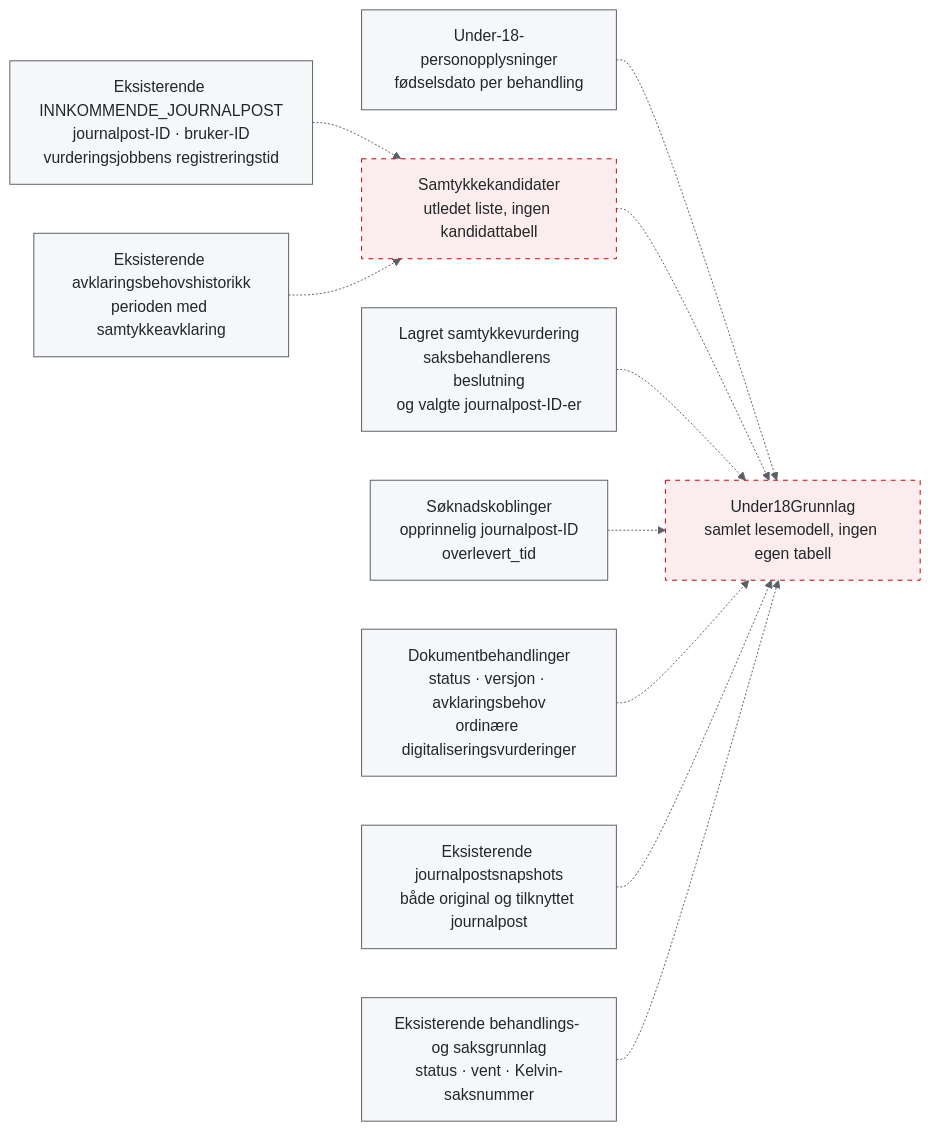
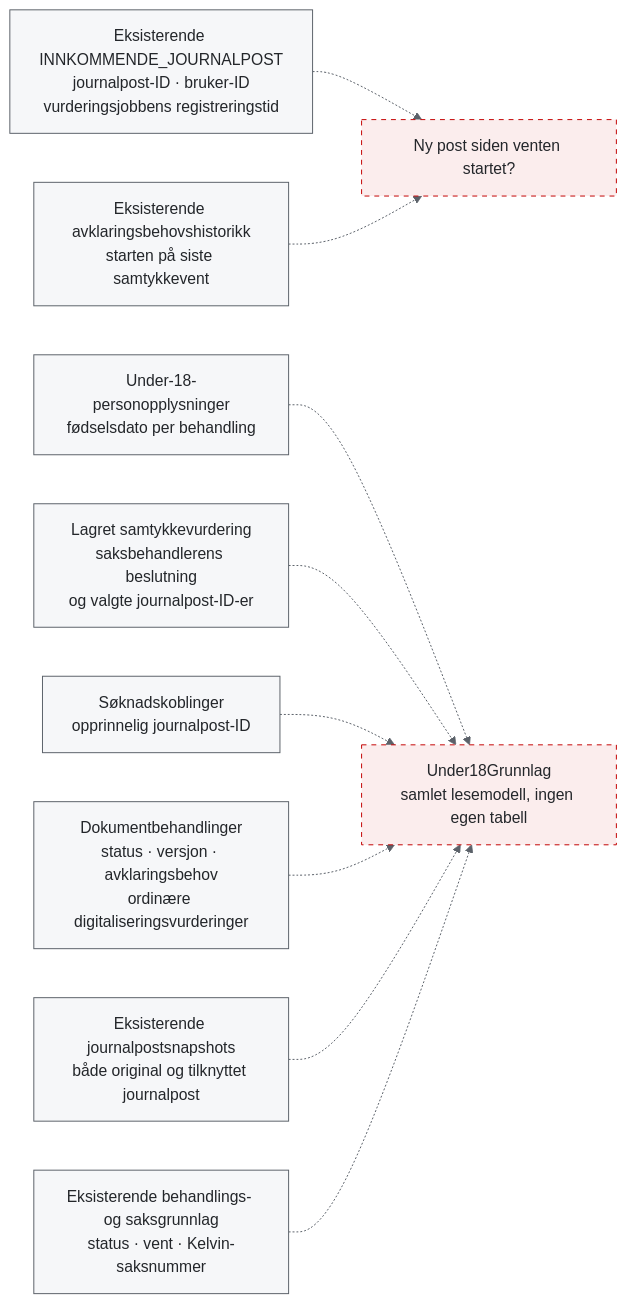
The fourth of 6 diagrams in under-18-flyt.md (navikt/aap-postmottak-backend), drawn with Mermaid before and after one commit. The commit also changed other lines of this file and 45 other files, not shown here.

````diff
--- a/under-18-flyt.md
+++ b/under-18-flyt.md
@@ -391,27 +400,26 @@
 ```mermaid
 %%{init: {"theme":"base","themeVariables":{"primaryColor":"#F6F7F9","primaryTextColor":"#23262A","primaryBorderColor":"#5B6169","lineColor":"#5B6169","secondaryColor":"#FBEDED","tertiaryColor":"#F6F7F9","background":"#FFFFFF"}}}%%
 flowchart LR
     mottak["Eksisterende INNKOMMENDE_JOURNALPOST<br/>journalpost-ID · bruker-ID<br/>vurderingsjobbens registreringstid"]
     personopplysninger["Under-18-personopplysninger<br/>fødselsdato per behandling"]
-    historikk["Eksisterende avklaringsbehovshistorikk<br/>perioden med samtykkeavklaring"]
-    kandidater["Samtykkekandidater<br/>utledet liste, ingen kandidattabell"]
+    historikk["Eksisterende avklaringsbehovshistorikk<br/>starten på siste samtykkevent"]
+    nyPost["Ny post siden venten startet?"]
     samtykke["Lagret samtykkevurdering<br/>saksbehandlerens beslutning<br/>og valgte journalpost-ID-er"]
-    soknader["Søknadskoblinger<br/>opprinnelig journalpost-ID<br/>overlevert_tid"]
+    soknader["Søknadskoblinger<br/>opprinnelig journalpost-ID"]
     dokumentbehandlinger["Dokumentbehandlinger<br/>status · versjon · avklaringsbehov<br/>ordinære digitaliseringsvurderinger"]
     journalposter["Eksisterende journalpostsnapshots<br/>både original og tilknyttet journalpost"]
     behandling["Eksisterende behandlings- og saksgrunnlag<br/>status · vent · Kelvin-saksnummer"]
     grunnlag["Under18Grunnlag<br/>samlet lesemodell, ingen egen tabell"]
-    mottak -.-> kandidater
+    mottak -.-> nyPost
     personopplysninger -.-> grunnlag
-    historikk -.-> kandidater
-    kandidater -.-> grunnlag
+    historikk -.-> nyPost
     samtykke -.-> grunnlag
     soknader -.-> grunnlag
     dokumentbehandlinger -.-> grunnlag
     journalposter -.-> grunnlag
     behandling -.-> grunnlag
     classDef lagret fill:#F6F7F9,stroke:#5B6169,color:#23262A
     classDef utledet fill:#FBEDED,stroke:#C30000,color:#23262A,stroke-dasharray:5 5
     class mottak,personopplysninger,historikk,samtykke,soknader,dokumentbehandlinger,journalposter,behandling lagret
-    class kandidater,grunnlag utledet
+    class nyPost,grunnlag utledet
 ```
````
